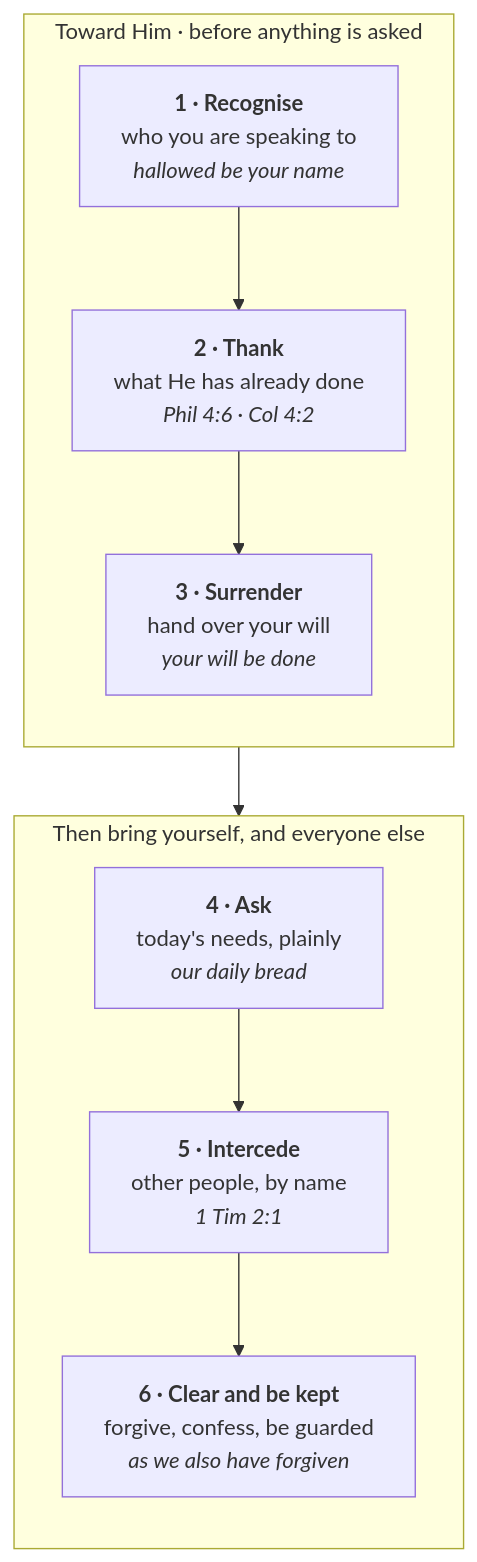
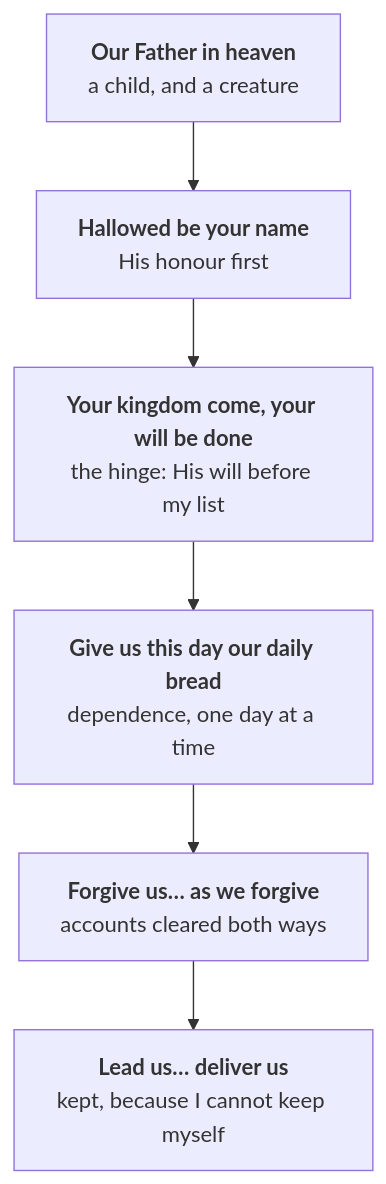
One commit to ding0t/bible_studies changed the diagram in docs/content/christian-life/prayer-as-communion.md. Above: the diagram before and after it, drawn with Mermaid. The commit also changed other lines of this file and 148 other files, not shown here.

````diff
--- a/docs/content/christian-life/prayer-as-communion.md
+++ b/docs/content/christian-life/prayer-as-communion.md
@@ -534,20 +129,8 @@
 ```mermaid
 flowchart TD
-    subgraph GOD["Toward Him · before anything is asked"]
-      direction TB
-      A["<b>1 · Recognise</b><br/>who you are speaking to<br/><i>hallowed be your name</i>"]
-      B["<b>2 · Thank</b><br/>what He has already done<br/><i>Phil 4:6 · Col 4:2</i>"]
-      C["<b>3 · Surrender</b><br/>hand over your will<br/><i>your will be done</i>"]
-      A --> B
-      B --> C
-    end
-    subgraph US["Then bring yourself, and everyone else"]
-      direction TB
-      D["<b>4 · Ask</b><br/>today's needs, plainly<br/><i>our daily bread</i>"]
-      E["<b>5 · Intercede</b><br/>other people, by name<br/><i>1 Tim 2:1</i>"]
-      F["<b>6 · Clear and be kept</b><br/>forgive, confess, be guarded<br/><i>as we also have forgiven</i>"]
-      D --> E
-      E --> F
-    end
-    GOD --> US
+    A["<b>Our Father in heaven</b><br/>a child, and a creature"] --> B["<b>Hallowed be your name</b><br/>His honour first"]
+    B --> C["<b>Your kingdom come, your will be done</b><br/>the hinge: His will before my list"]
+    C --> D["<b>Give us this day our daily bread</b><br/>dependence, one day at a time"]
+    D --> E["<b>Forgive us… as we forgive</b><br/>accounts cleared both ways"]
+    E --> F["<b>Lead us… deliver us</b><br/>kept, because I cannot keep myself"]
 ```
````
